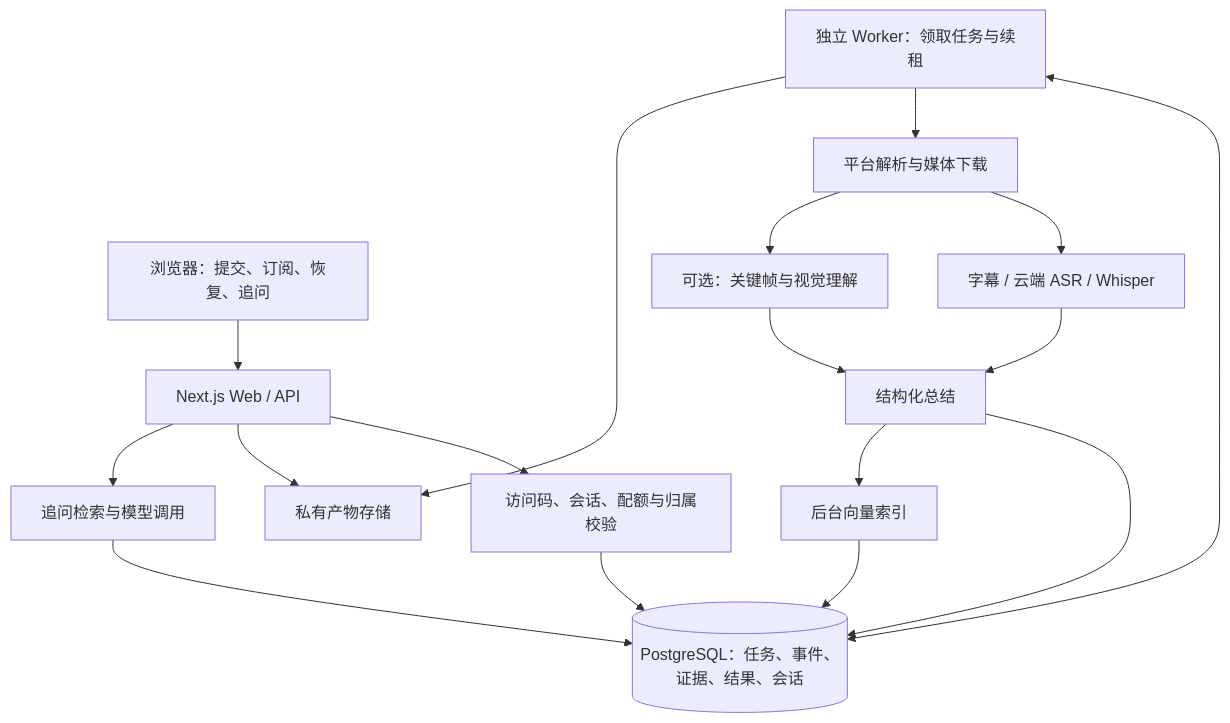
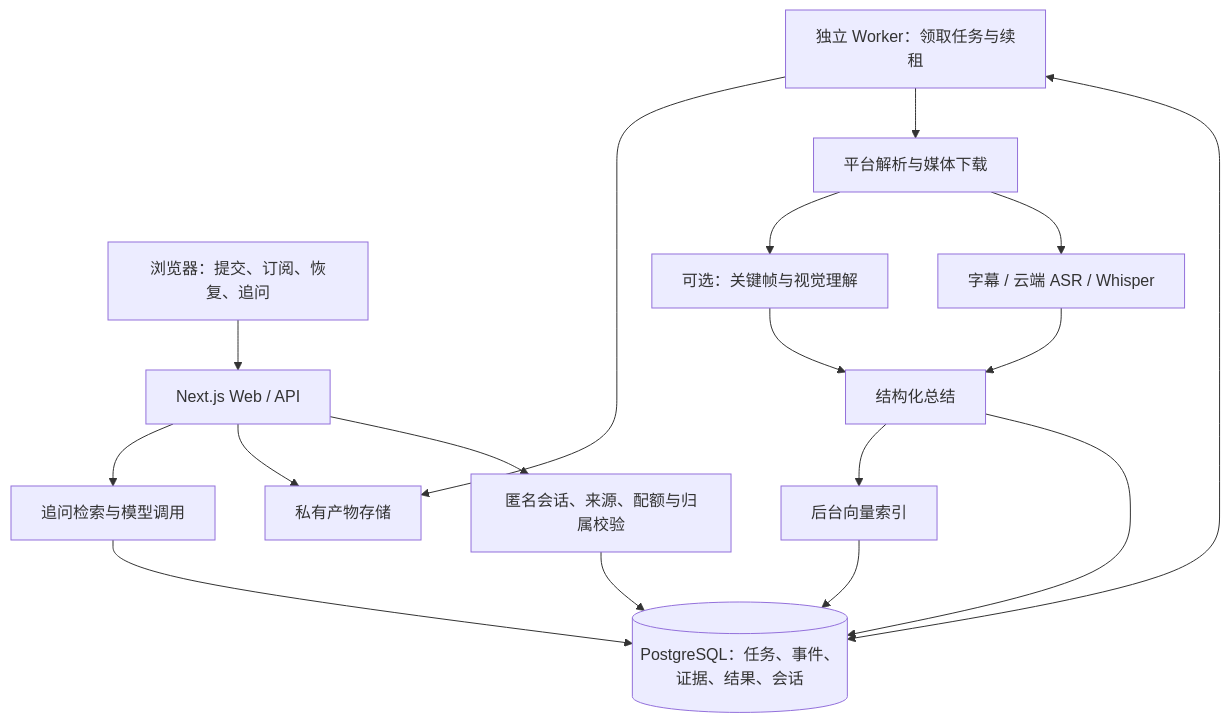
Before and after one commit to Amorsum/vidSnap: the diagram in docs/OPTIMIZATION_PLAN.md, drawn with Mermaid. The commit also changed other lines of this file and 5 other files, not shown here.

````diff
--- a/docs/OPTIMIZATION_PLAN.md
+++ b/docs/OPTIMIZATION_PLAN.md
@@ -57,19 +59,19 @@
 ```mermaid
 flowchart TD
     U[浏览器：提交、订阅、恢复、追问] --> W[Next.js Web / API]
-    W --> A[访问码、会话、配额与归属校验]
+    W --> A[匿名会话、来源、配额与归属校验]
     A --> DB[(PostgreSQL：任务、事件、证据、结果、会话)]
     WK[独立 Worker：领取任务与续租] <--> DB
     WK --> P[平台解析与媒体下载]
     P --> T[字幕 / 云端 ASR / Whisper]
     P --> V[可选：关键帧与视觉理解]
     T --> SUM[结构化总结]
     V --> SUM
     SUM --> DB
     SUM --> IDX[后台向量索引]
     IDX --> DB
     WK --> F[私有产物存储]
     W --> F
     W --> QA[追问检索与模型调用]
     QA --> DB
 ```
````
